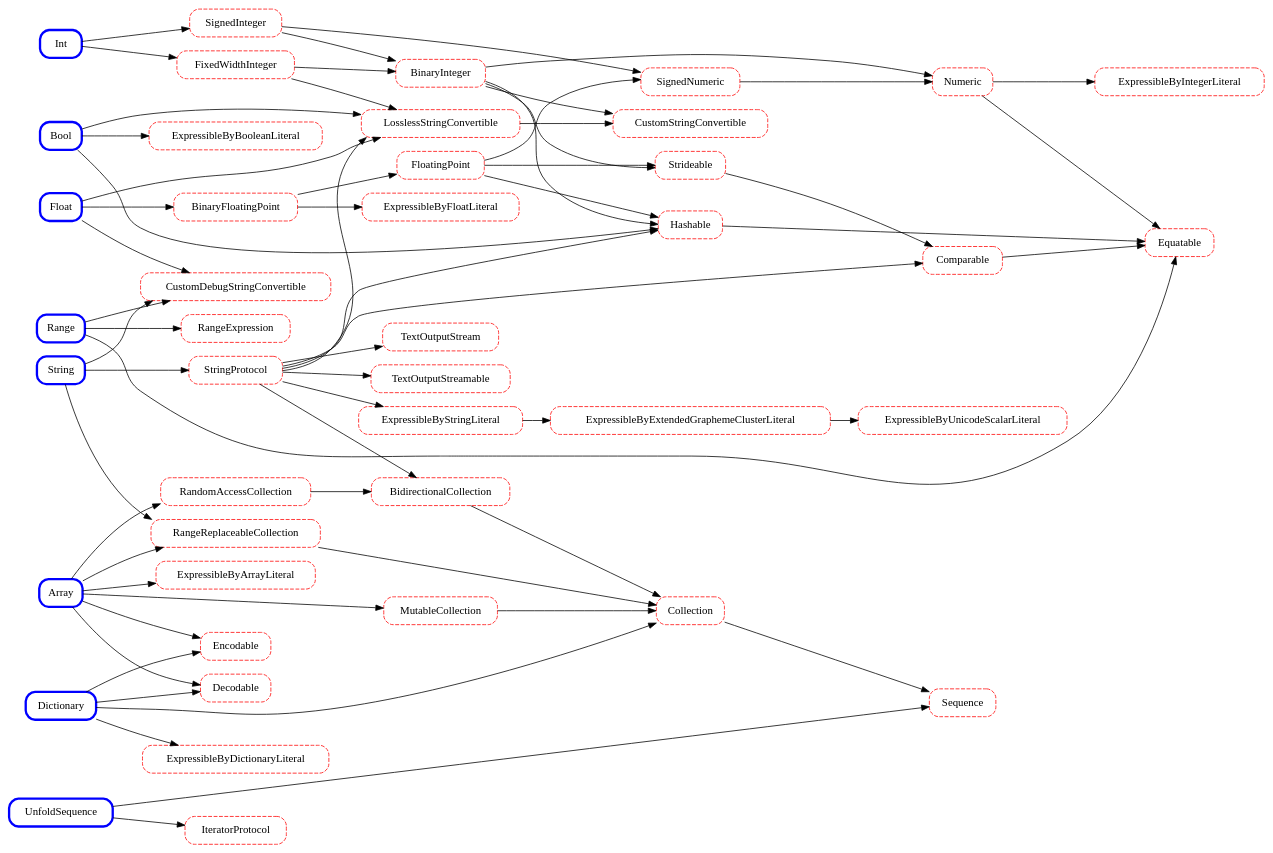
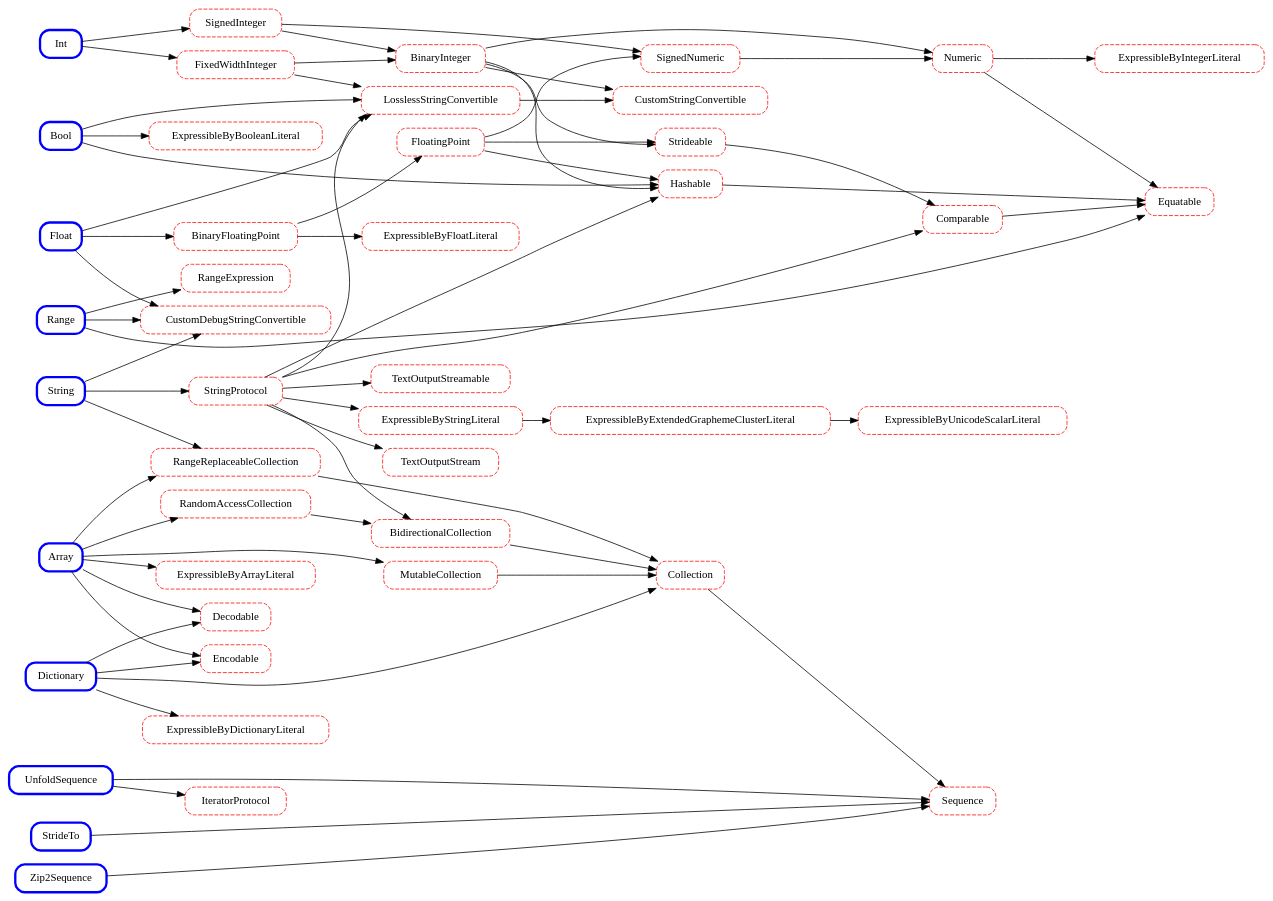
Before and after one commit to thatseeyou/graphviz-swift-standard-library: the diagram in swift.dot, drawn with Graphviz. The commit also changed 3 other files, not shown here.

Commit message:
StrideTo, Zip2Sequence

```diff
--- a/swift.dot
+++ b/swift.dot
@@ -1,140 +1,144 @@
 //
-// Generated automatically 2017-12-01 13:07:34
+// Generated automatically 2017-12-01 13:53:20
 // sed -f swift-style.sed swift-template.dot
 //
 digraph swift_standard_library {
 	graph [rankdir=LR]
 		  [ranksep=0.5]
 
     // fdp인 경우에 edge가 cluster를 피해서 그린다.
     //graph [splines="compound"]
 	edge [dir=left]
 	
 	//edge [headclip=true, tailclip=true]
 	root=0
 
 	subgraph protocol {
 		node [shape=rectangle style="rounded,dashed" fillcolor=white color=red penwidth=1]
 
 		// String Representation
 		CustomStringConvertible
 		LosslessStringConvertible
 		CustomDebugStringConvertible
 
 		// Sets and Dictionaries
 		Hashable                  
 
 		// Equality and Ordering
 		Equatable
 		Comparable
 
 		// Basic Arithmetic
 		Numeric
 		SignedNumeric
 		Strideable
 
 		// Integer
 		BinaryInteger
 		FixedWidthInteger 
 		SignedInteger            
 
 		// Floating Point
 		FloatingPoint
 		BinaryFloatingPoint
 
 		// Collection Literals
 		ExpressibleByArrayLiteral
 		ExpressibleByDictionaryLiteral
 
 		// Value Literals
 		ExpressibleByIntegerLiteral
 		ExpressibleByBooleanLiteral
 		ExpressibleByFloatLiteral
 		
 		// String Literals
 		ExpressibleByStringLiteral
 		ExpressibleByExtendedGraphemeClusterLiteral
 		ExpressibleByUnicodeScalarLiteral
 
 		// Customizing Your Type's Reflection
 		//CustomReflectable 
 
 		// Range Expressions
 		RangeExpression
 
 		// First Steps
 		Collection
 		Sequence
 
 		// Collection Traversal
 		BidirectionalCollection
 		RandomAccessCollection
 
 		// Collection Mutability
 		MutableCollection
 		RangeReplaceableCollection
 
 		// Manual Iteration
 		IteratorProtocol
 
 		// Strings and Characters
 		StringProtocol
 
 		// Encoding and Decoding Custom Types
 		Encodable
 		Decodable
 
 		// Streams
 		TextOutputStream
 		TextOutputStreamable
 
 	}
 
 	subgraph structure {
 		node [shape=rectangle style="rounded" fillcolor=white color=blue penwidth=3]
 
 		graph [rank=same]
 
 		Int
 		Float
 		Bool
 		String
 
 		Array
 		Dictionary
 
 		Range
 
 		// Wrappers for Algorithm
 		UnfoldSequence
+		StrideTo
+		Zip2Sequence
 	}
 
 	LosslessStringConvertible -> CustomStringConvertible
 	Hashable -> { Equatable }
 	Comparable -> { Equatable }
 	Strideable -> { Comparable }
 	FixedWidthInteger -> { BinaryInteger, LosslessStringConvertible } 
 	SignedInteger -> { BinaryInteger, SignedNumeric }
 	BinaryInteger -> { CustomStringConvertible, Hashable, Numeric, Strideable } 
 	SignedNumeric -> { Numeric } -> { Equatable, ExpressibleByIntegerLiteral }
 	BinaryFloatingPoint -> { ExpressibleByFloatLiteral, FloatingPoint }
 	FloatingPoint -> { Hashable, SignedNumeric, Strideable }
 	ExpressibleByStringLiteral -> ExpressibleByExtendedGraphemeClusterLiteral -> ExpressibleByUnicodeScalarLiteral
 	BidirectionalCollection -> Collection
 	MutableCollection -> Collection 
 	RangeReplaceableCollection -> Collection 
 	Collection -> Sequence
 	RandomAccessCollection -> BidirectionalCollection
 	StringProtocol -> { BidirectionalCollection, Comparable, LosslessStringConvertible, ExpressibleByStringLiteral, Hashable, TextOutputStream, TextOutputStreamable }
 
 	Int -> { FixedWidthInteger, SignedInteger }
 	Float -> { BinaryFloatingPoint, CustomDebugStringConvertible, LosslessStringConvertible }
 	Bool -> { ExpressibleByBooleanLiteral, Hashable, LosslessStringConvertible }
 	String -> { CustomDebugStringConvertible, RangeReplaceableCollection, StringProtocol }
 
 	Range -> { CustomDebugStringConvertible, /* CustomStringConvertible, */ Equatable, RangeExpression }
 	Array -> { Decodable, Encodable, ExpressibleByArrayLiteral, MutableCollection, RandomAccessCollection, RangeReplaceableCollection }
 	Dictionary -> { Collection, Decodable, Encodable, ExpressibleByDictionaryLiteral }
 
 	UnfoldSequence -> { IteratorProtocol, Sequence }
+	StrideTo -> { Sequence }
+	Zip2Sequence -> { Sequence }
 }
```
